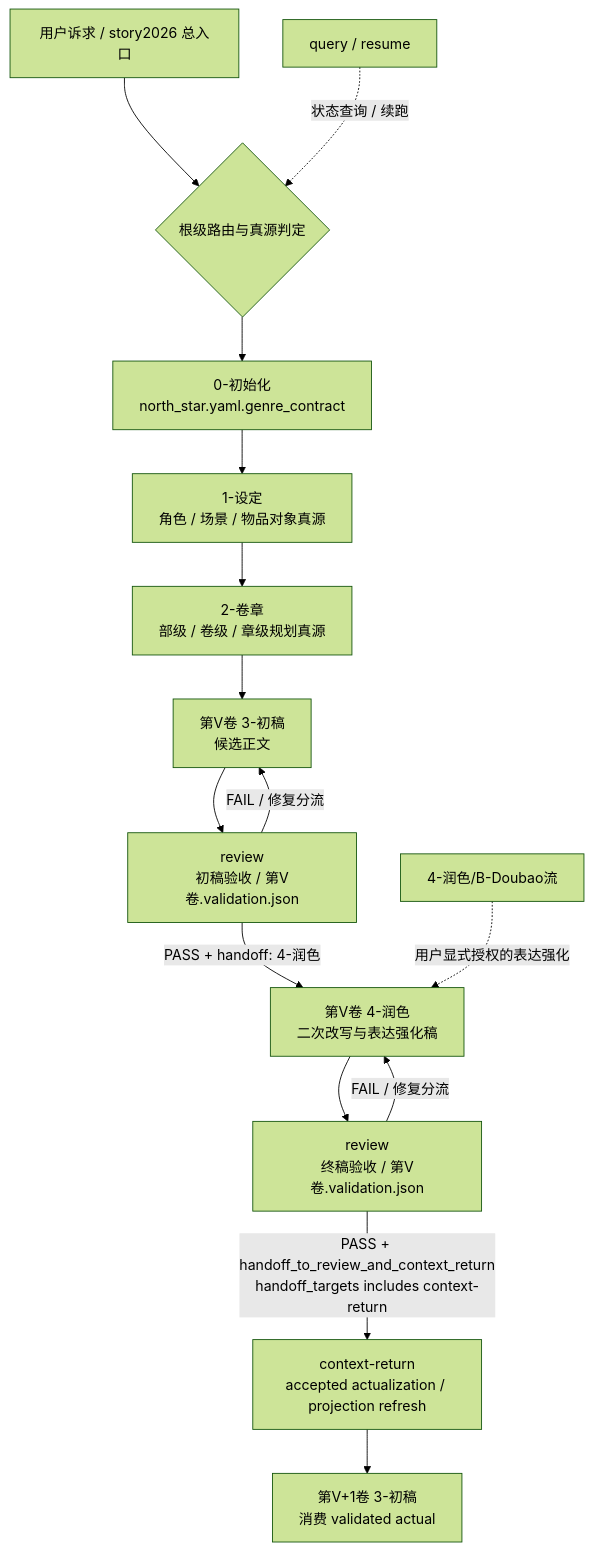
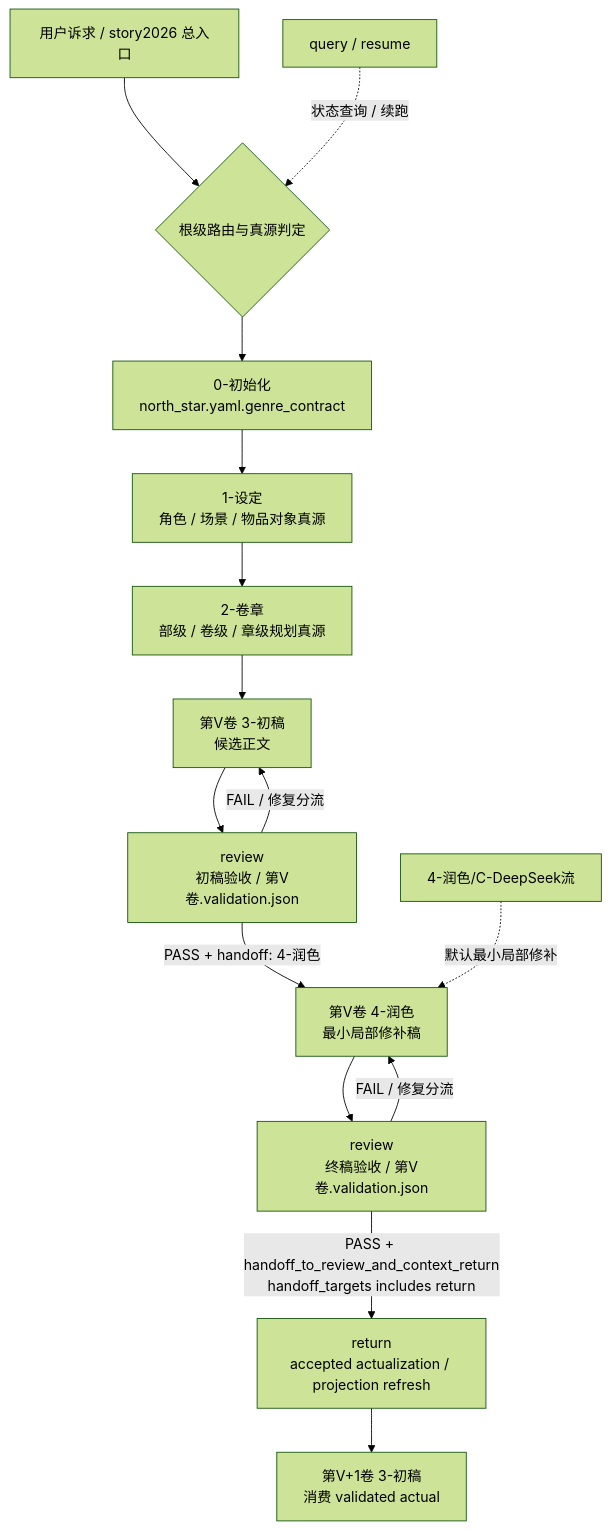
Before and after one commit to ZEN-VOID/AI-CUT: the diagram in .agents/skills/story/SKILL.md, drawn with Mermaid (forest theme). The commit also changed other lines of this file and 256 other files, not shown here.

````diff
--- a/.agents/skills/story/SKILL.md
+++ b/.agents/skills/story/SKILL.md
@@ -130,17 +148,17 @@
 ```mermaid
 flowchart TD
     A["用户诉求 / story2026 总入口"] --> B{"根级路由与真源判定"}
     B --> C["0-初始化<br/>north_star.yaml.genre_contract"]
     C --> D["1-设定<br/>角色 / 场景 / 物品对象真源"]
     D --> E["2-卷章<br/>部级 / 卷级 / 章级规划真源"]
     E --> F["第V卷 3-初稿<br/>候选正文"]
     F --> G1["review<br/>初稿验收 / 第V卷.validation.json"]
     G1 -->|"FAIL / 修复分流"| F
-    G1 -->|"PASS + handoff: 4-润色"| H["第V卷 4-润色<br/>二次改写与表达强化稿"]
+    G1 -->|"PASS + handoff: 4-润色"| H["第V卷 4-润色<br/>最小局部修补稿"]
     H --> G2["review<br/>终稿验收 / 第V卷.validation.json"]
     G2 -->|"FAIL / 修复分流"| H
-    G2 -->|"PASS + handoff_to_review_and_context_return<br/>handoff_targets includes context-return"| I["context-return<br/>accepted actualization / projection refresh"]
+    G2 -->|"PASS + handoff_to_review_and_context_return<br/>handoff_targets includes return"| I["return<br/>accepted actualization / projection refresh"]
     I --> L["第V+1卷 3-初稿<br/>消费 validated actual"]
     J["query / resume"] -.状态查询 / 续跑.-> B
-    K["4-润色/B-Doubao流"] -.用户显式授权的表达强化.-> H
+    K["4-润色/C-DeepSeek流"] -.默认最小局部修补.-> H
 ```
````
